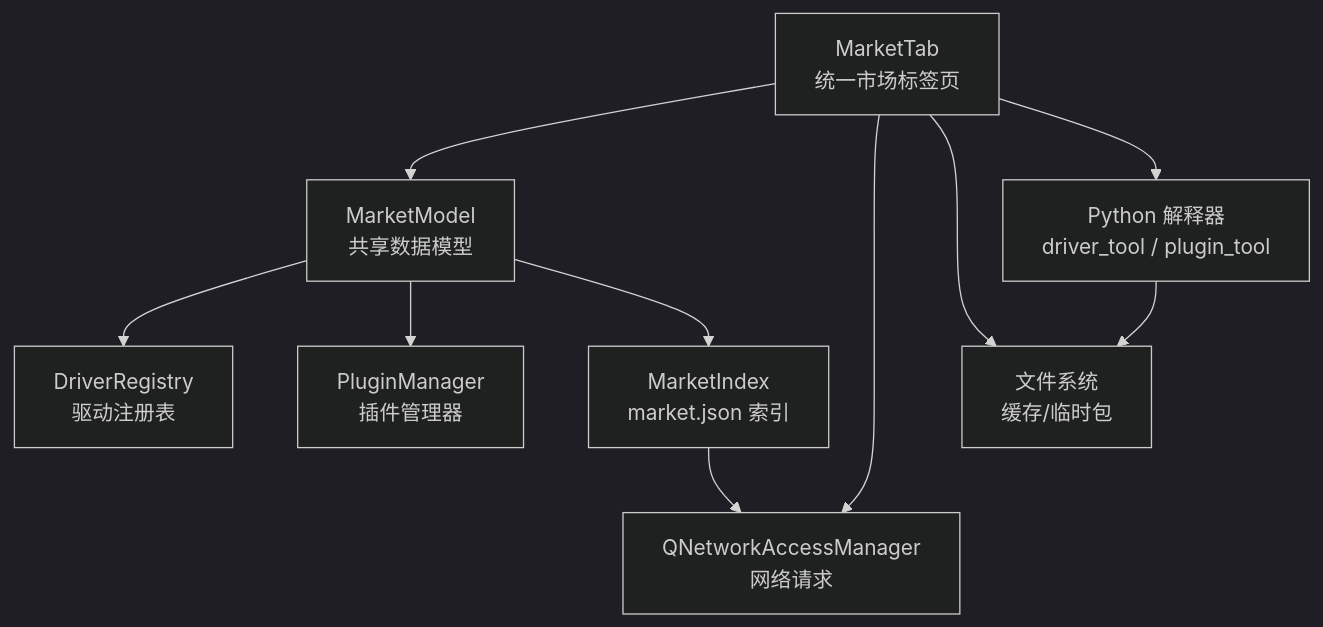
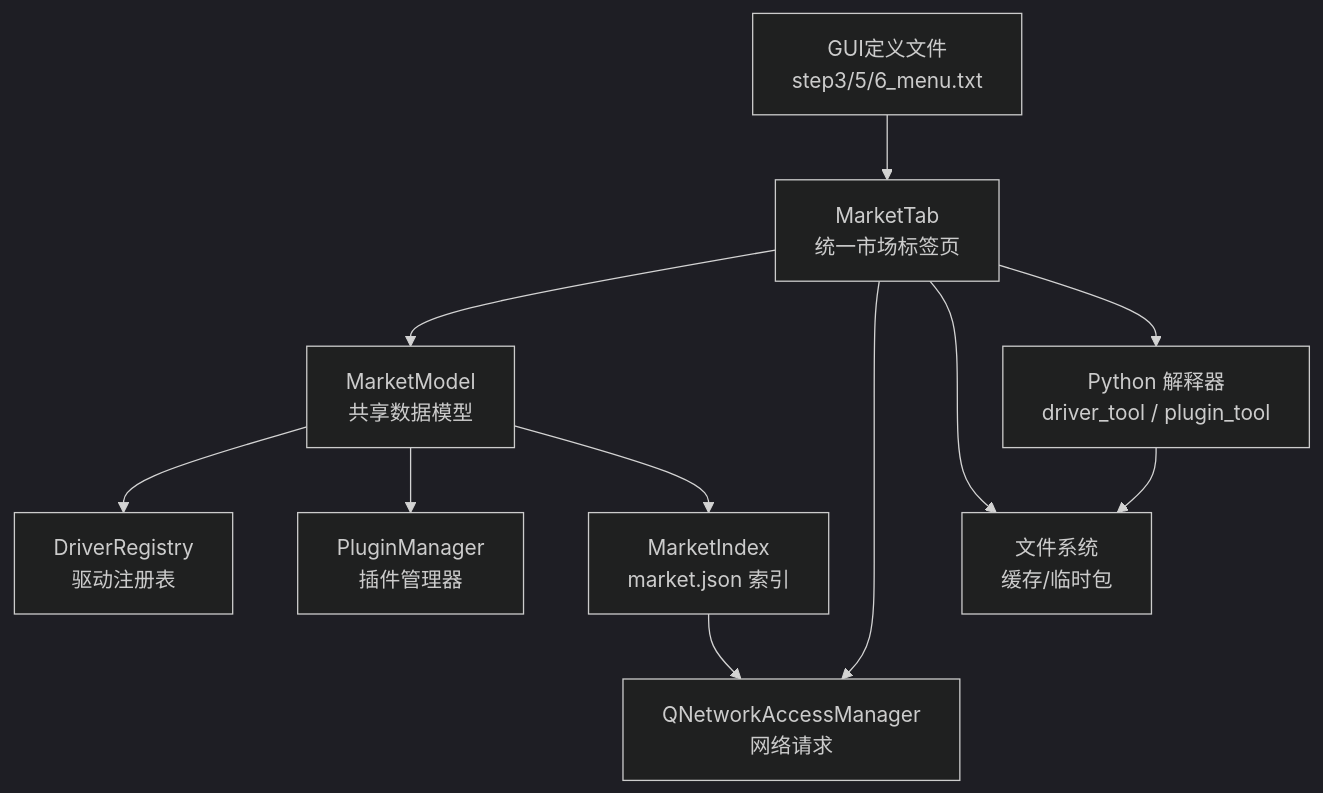
One commit to jakecai1225-design/OpenBus changed the first of 3 diagrams in .qoder/repowiki/zh/content/架构设计/UI系统设计/统一市场标签页系统.md. Above: the diagram before and after it, drawn with Mermaid (dark theme). The commit also changed other lines of this file and 12 other files, not shown here.

````diff
--- a/.qoder/repowiki/zh/content/架构设计/UI系统设计/统一市场标签页系统.md
+++ b/.qoder/repowiki/zh/content/架构设计/UI系统设计/统一市场标签页系统.md
@@ -55,12 +63,13 @@
 ```mermaid
 graph TB
 UI["MarketTab<br/>统一市场标签页"] --> MM["MarketModel<br/>共享数据模型"]
 MM --> DR["DriverRegistry<br/>驱动注册表"]
 MM --> PM["PluginManager<br/>插件管理器"]
 MM --> MI["MarketIndex<br/>market.json 索引"]
 UI --> NET["QNetworkAccessManager<br/>网络请求"]
 UI --> FS["文件系统<br/>缓存/临时包"]
 MI --> NET
 UI --> PY["Python 解释器<br/>driver_tool / plugin_tool"]
 PY --> FS
+GP["GUI定义文件<br/>step3/5/6_menu.txt"] --> UI
 ```
````
